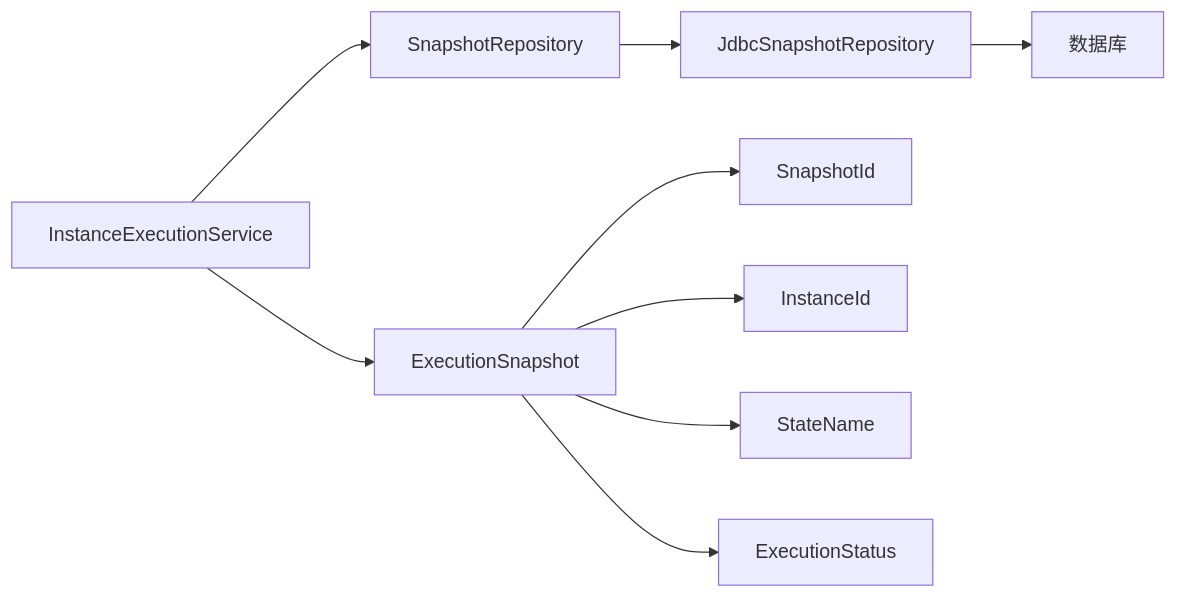
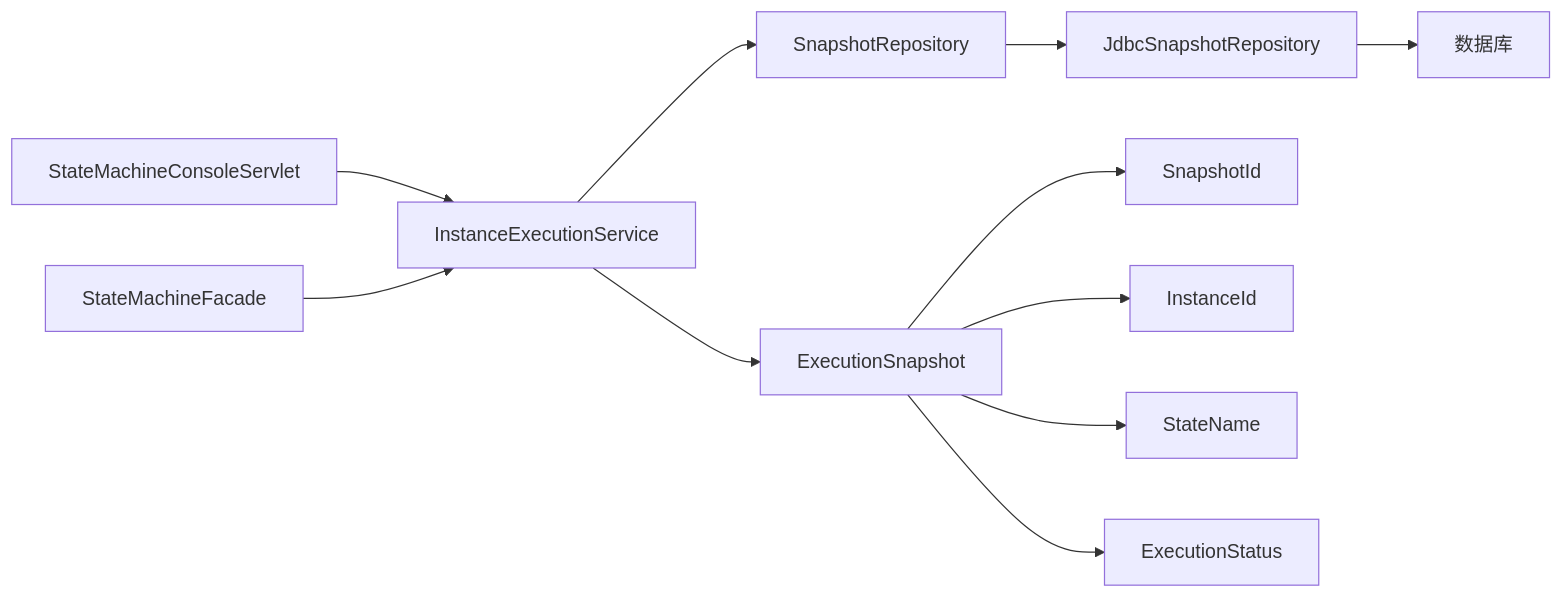
The sixth of 6 diagrams in .qoder/repowiki/zh/content/快照与恢复/执行快照设计.md (xiaoche80s-tech/state-machine-parent), drawn with Mermaid before and after one commit. The commit also changed other lines of this file and 7 other files, not shown here.

````diff
--- a/.qoder/repowiki/zh/content/快照与恢复/执行快照设计.md
+++ b/.qoder/repowiki/zh/content/快照与恢复/执行快照设计.md
@@ -342,11 +409,13 @@
 ```mermaid
 graph LR
 IES["InstanceExecutionService"] --> SR["SnapshotRepository"]
 SR --> JSR["JdbcSnapshotRepository"]
 JSR --> DB["数据库"]
 IES --> ES["ExecutionSnapshot"]
 ES --> SI["SnapshotId"]
 ES --> II["InstanceId"]
 ES --> SN["StateName"]
 ES --> ST["ExecutionStatus"]
+CONSOLE["StateMachineConsoleServlet"] --> IES
+FACADE["StateMachineFacade"] --> IES
 ```
````
